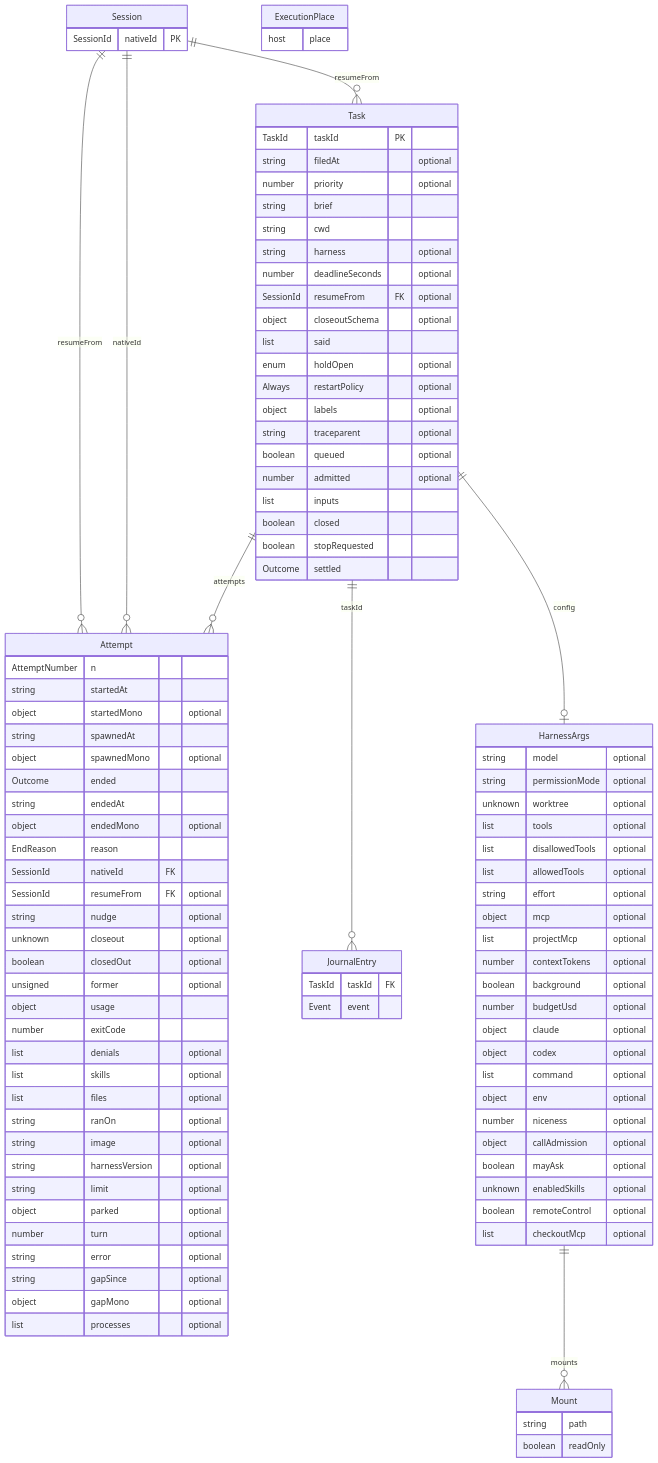
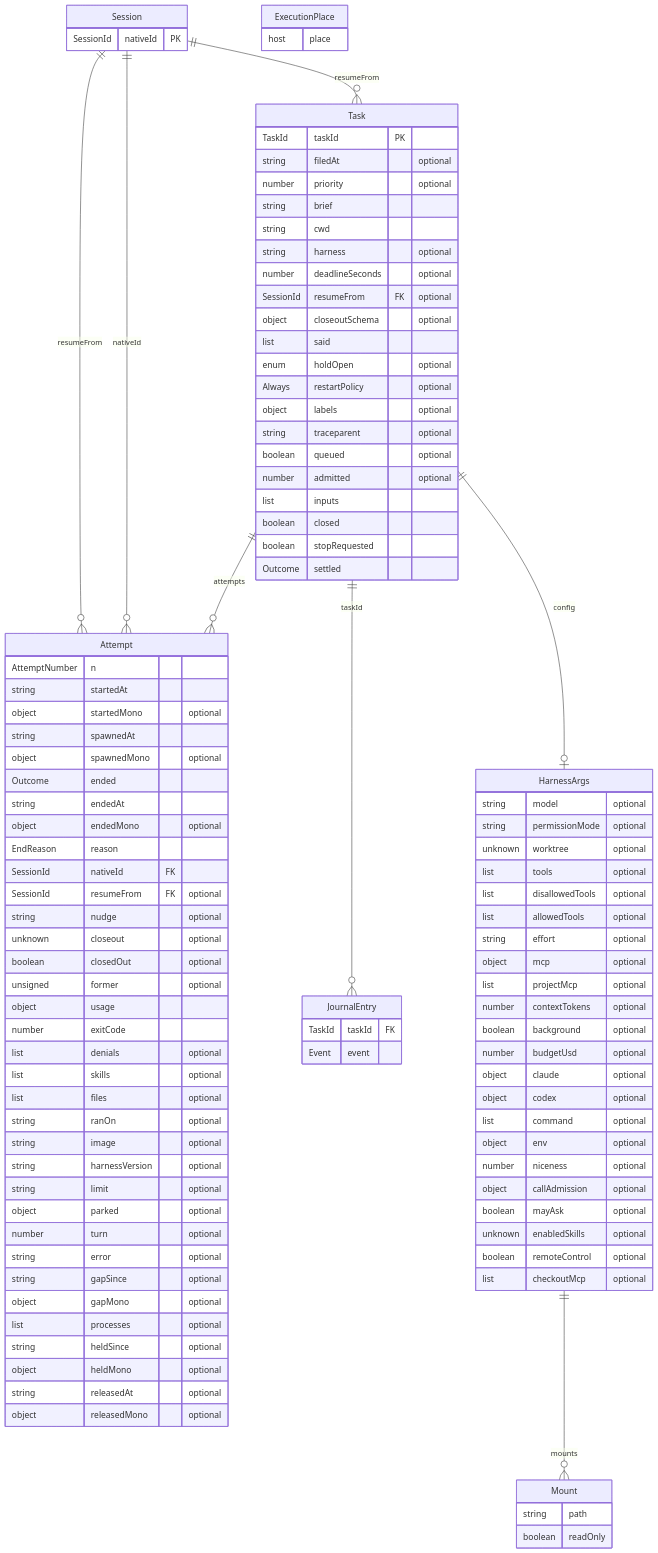
Before and after one commit to emyann/nemia: the diagram in packages/agent-runtime/docs/model.md, drawn with Mermaid. The commit also changed 9 other files, not shown here.

Commit message:
The runtime model's diagram, turnOf beside domain without a cycle, ceilings lowered to their measures, the store measure's pass may set the drain

```diff
--- a/packages/agent-runtime/docs/model.md
+++ b/packages/agent-runtime/docs/model.md
@@ -74,6 +74,10 @@
     string gapSince "optional"
     object gapMono "optional"
     list processes "optional"
+    string heldSince "optional"
+    object heldMono "optional"
+    string releasedAt "optional"
+    object releasedMono "optional"
   }
   Session {
     SessionId nativeId PK
```
